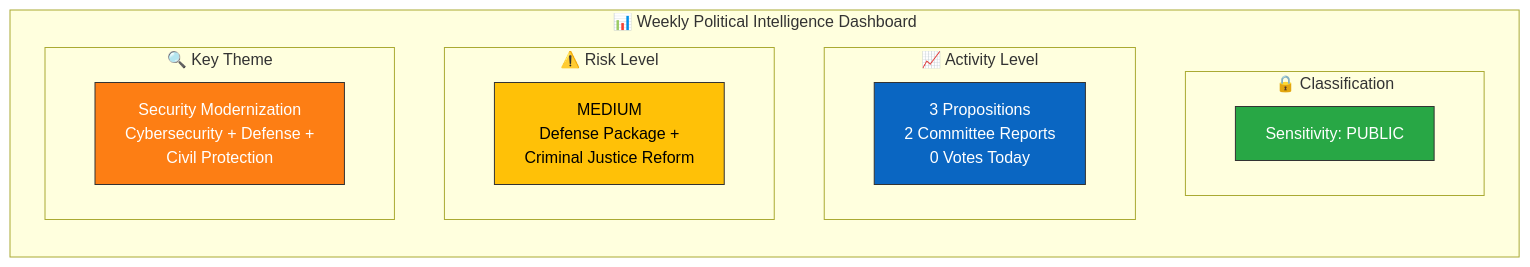
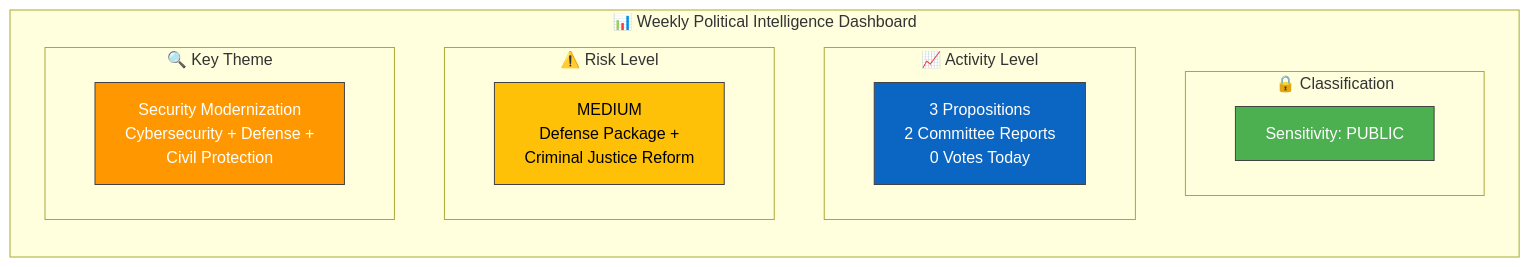
One commit to Hack23/riksdagsmonitor changed the first of 2 diagrams in analysis/daily/2026-04-04/realtime-1212/synthesis-summary.md. Above: the diagram before and after it, drawn with Mermaid. The commit also changed other lines of this file and 785 other files, not shown here.

First line of the commit message:
Normalize mermaid colors across 786 analysis artifacts to ISMS Style Guide palette

````diff
--- a/analysis/daily/2026-04-04/realtime-1212/synthesis-summary.md
+++ b/analysis/daily/2026-04-04/realtime-1212/synthesis-summary.md
@@ -18,22 +18,22 @@
 ```mermaid
 graph TD
     subgraph "📊 Weekly Political Intelligence Dashboard"
         direction TB
         subgraph "🔒 Classification"
             CL["Sensitivity: PUBLIC"]
         end
         subgraph "📈 Activity Level"
             AL["3 Propositions<br/>2 Committee Reports<br/>0 Votes Today"]
         end
         subgraph "⚠️ Risk Level"
             RL["MEDIUM<br/>Defense Package +<br/>Criminal Justice Reform"]
         end
         subgraph "🔍 Key Theme"
             KT["Security Modernization<br/>Cybersecurity + Defense +<br/>Civil Protection"]
         end
     end
-    style CL fill:#28a745,stroke:#333,color:#fff
-    style AL fill:#0A66C2,stroke:#333,color:#fff
-    style RL fill:#ffc107,stroke:#333,color:#000
-    style KT fill:#fd7e14,stroke:#333,color:#fff
+    style CL fill:#4CAF50,stroke:#424242,color:#FFFFFF
+    style AL fill:#0A66C2,stroke:#424242,color:#FFFFFF
+    style RL fill:#FFC107,stroke:#424242,color:#000000
+    style KT fill:#FF9800,stroke:#424242,color:#FFFFFF
 ```
````
